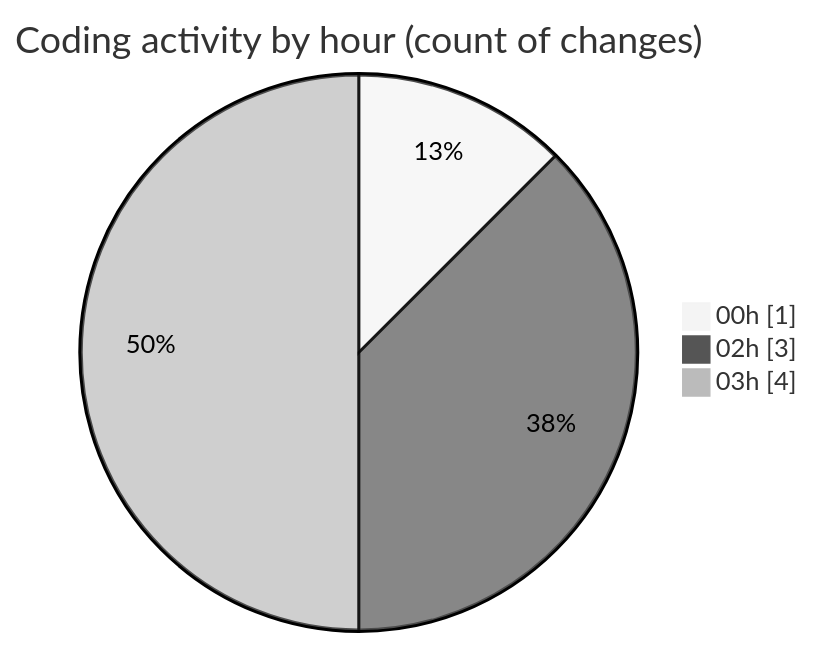
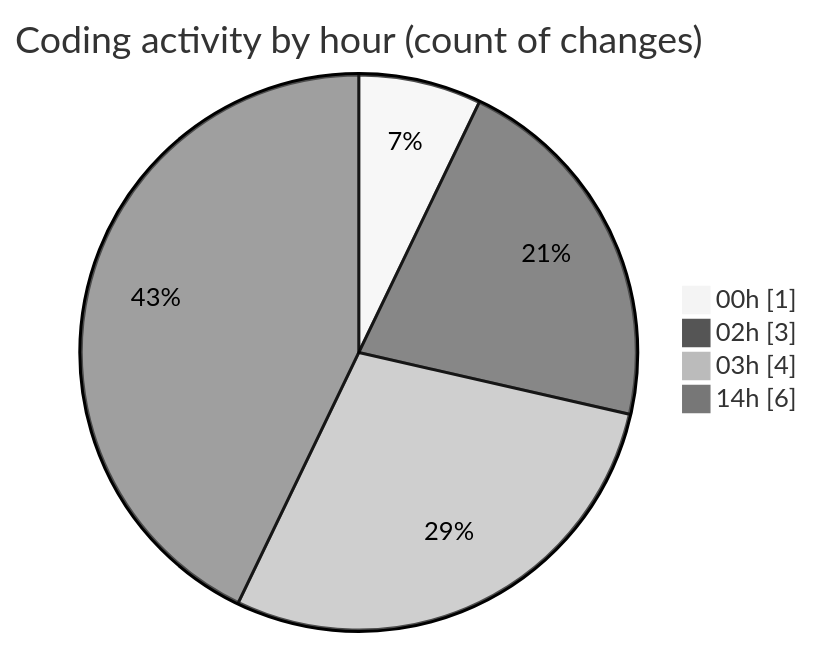
Before and after one commit to donsfak/code-tracking: the second of 2 diagrams in 2025-02-19/uber_clone/README.md, drawn with Mermaid (neutral theme). The commit also changed other lines of this file and 1 other file, not shown here.

````diff
--- a/2025-02-19/uber_clone/README.md
+++ b/2025-02-19/uber_clone/README.md
@@ -36,7 +40,8 @@
 ```mermaid
 pie showData
 title Coding activity by hour (count of changes)
 "00h" : 1
 "02h" : 3
 "03h" : 4
+"14h" : 6
 ```
````
